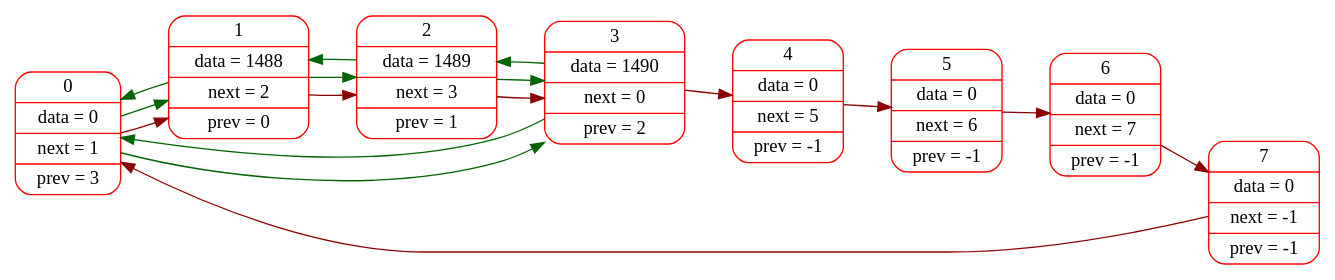
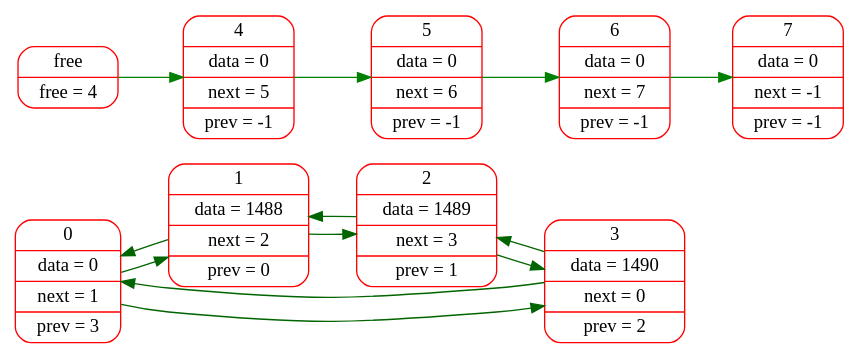
The diagram in logs/dot_files/003.dot (sevaphasol/list), drawn with Graphviz before and after one commit. The commit also changed 21 other files, not shown here.

```diff
--- a/logs/dot_files/003.dot
+++ b/logs/dot_files/003.dot
@@ -1,18 +1,19 @@
 digraph G{
 rankdir=LR;
 node[color="red",fontsize=14];
 elem0[shape="Mrecord", label="0 | data = 0 | next = 1 | prev = 3"];
 elem1[shape="Mrecord", label="1 | data = 1488 | next = 2 | prev = 0"];
 elem2[shape="Mrecord", label="2 | data = 1489 | next = 3 | prev = 1"];
 elem3[shape="Mrecord", label="3 | data = 1490 | next = 0 | prev = 2"];
-elem4[shape="Mrecord", label="4 | data = 0 | next = 5 | prev = -1"];
-elem5[shape="Mrecord", label="5 | data = 0 | next = 6 | prev = -1"];
-elem6[shape="Mrecord", label="6 | data = 0 | next = 7 | prev = -1"];
-elem7[shape="Mrecord", label="7 | data = 0 | next = -1 | prev = -1"];
-edge[color="darkred",fontsize=12, penwidth=1, weight=1000];
-elem0->elem1->elem2->elem3->elem4->elem5->elem6->elem7->elem0;
 edge[color="darkgreen",fontsize=12, penwidth=1];
 elem0->elem1->elem2->elem3->elem0;
 edge[color="darkgreen",fontsize=12, penwidth=1];
 elem0->elem3->elem2->elem1->elem0;
+free[shape="Mrecord", label="free | free = 4"];
+free_elem4[shape="Mrecord", label="4 | data = 0 | next = 5 | prev = -1"];
+free_elem5[shape="Mrecord", label="5 | data = 0 | next = 6 | prev = -1"];
+free_elem6[shape="Mrecord", label="6 | data = 0 | next = 7 | prev = -1"];
+free_elem7[shape="Mrecord", label="7 | data = 0 | next = -1 | prev = -1"];
+edge[color="green",fontsize=12, penwidth=1];
+free->free_elem4->free_elem5->free_elem6->free_elem7;
 }
```
